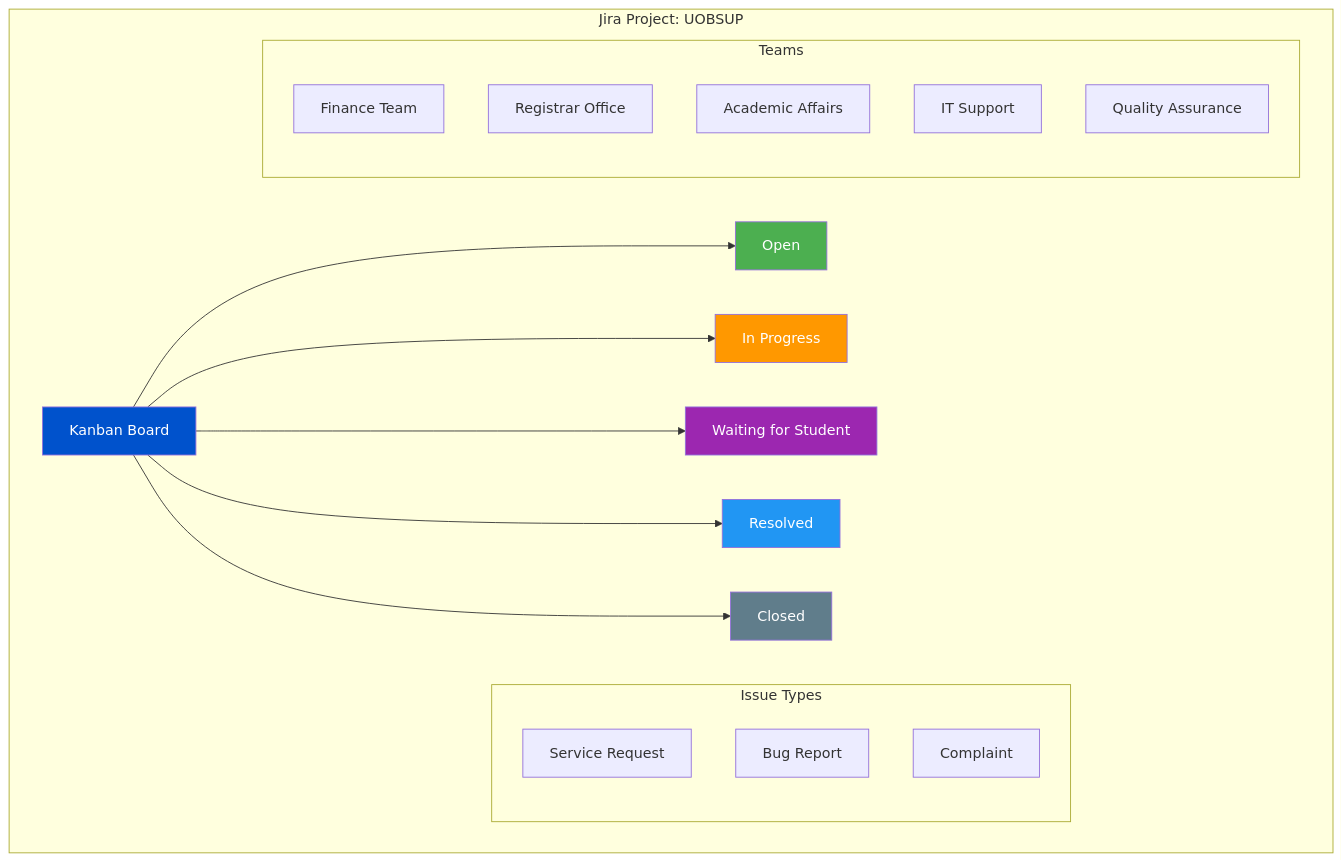
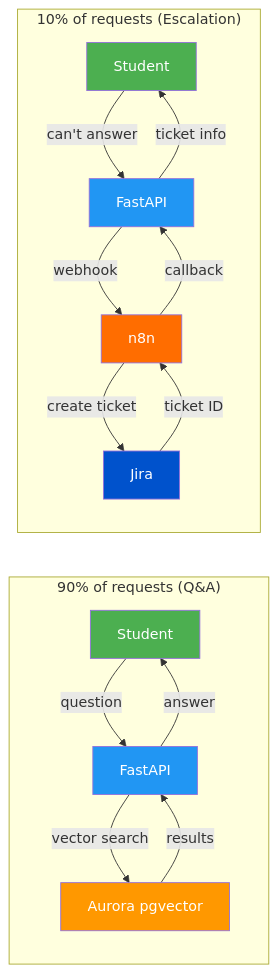
One commit to xAbdullaShaker/Jira-AI changed diagram 12 of 12 in ARCHITECTURE.md. Above: the diagram before and after it, drawn with Mermaid. The commit also changed other lines of this file and 1 other file, not shown here.

First line of the commit message:
Enhance plan: widget on uob.edu.bh, Aurora PostgreSQL, reframe Jira as secondary

````diff
--- a/ARCHITECTURE.md
+++ b/ARCHITECTURE.md
@@ -214,33 +386,26 @@
 ```mermaid
-graph TD
-    subgraph Jira Project: UOBSUP
-        Board[Kanban Board]
-        
-        Board --> Open[Open]
-        Board --> InProgress[In Progress]  
-        Board --> Waiting[Waiting for Student]
-        Board --> Resolved[Resolved]
-        Board --> Closed[Closed]
-        
-        subgraph Issue Types
-            SR[Service Request]
-            Bug[Bug Report]
-            Complaint[Complaint]
-        end
-        
-        subgraph Teams
-            Finance[Finance Team]
-            Registrar[Registrar Office]
-            Academic[Academic Affairs]
-            IT[IT Support]
-            QA[Quality Assurance]
-        end
+graph LR
+    subgraph "90% of requests (Q&A)"
+        A1[Student] -->|question| B1[FastAPI]
+        B1 -->|vector search| C1[Aurora pgvector]
+        C1 -->|results| B1
+        B1 -->|answer| A1
+    end
+    
+    subgraph "10% of requests (Escalation)"
+        A2[Student] -->|can't answer| B2[FastAPI]
+        B2 -->|webhook| C2[n8n]
+        C2 -->|create ticket| D2[Jira]
+        D2 -->|ticket ID| C2
+        C2 -->|callback| B2
+        B2 -->|ticket info| A2
     end
 
-    style Board fill:#0052CC,color:#fff
-    style Open fill:#4CAF50,color:#fff
-    style InProgress fill:#FF9800,color:#fff
-    style Waiting fill:#9C27B0,color:#fff
-    style Resolved fill:#2196F3,color:#fff
-    style Closed fill:#607D8B,color:#fff
+    style A1 fill:#4CAF50,color:#fff
+    style B1 fill:#2196F3,color:#fff
+    style C1 fill:#FF9800,color:#fff
+    style A2 fill:#4CAF50,color:#fff
+    style B2 fill:#2196F3,color:#fff
+    style C2 fill:#FF6D00,color:#fff
+    style D2 fill:#0052CC,color:#fff
 ```
````
